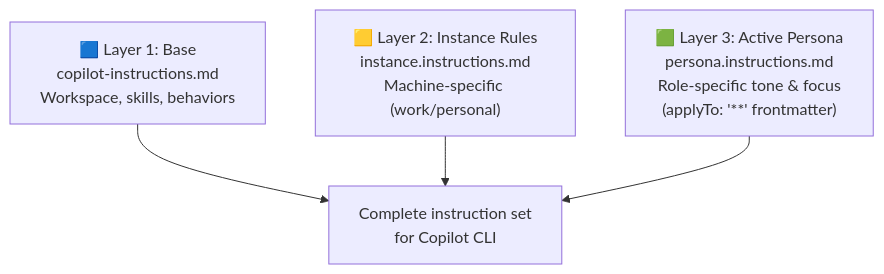
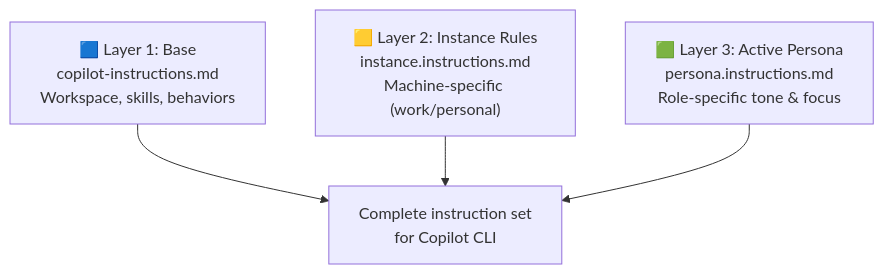
One commit to jimbanach/copilot-cli-starter changed the first of 2 diagrams in README.md. Above: the diagram before and after it, drawn with Mermaid. The commit also changed other lines of this file and 24 other files, not shown here.

````diff
--- a/README.md
+++ b/README.md
@@ -75,11 +67,11 @@
 ```mermaid
 graph TD
     L1["🟦 Layer 1: Base\ncopilot-instructions.md\nWorkspace, skills, behaviors"]
     L2["🟨 Layer 2: Instance Rules\ninstance.instructions.md\nMachine-specific (work/personal)"]
-    L3["🟩 Layer 3: Active Persona\npersona.instructions.md\nRole-specific tone & focus\n(applyTo: '**' frontmatter)"]
+    L3["🟩 Layer 3: Active Persona\npersona.instructions.md\nRole-specific tone & focus"]
     OUT["Complete instruction set\nfor Copilot CLI"]
 
     L1 --> OUT
     L2 --> OUT
     L3 --> OUT
 ```
````
